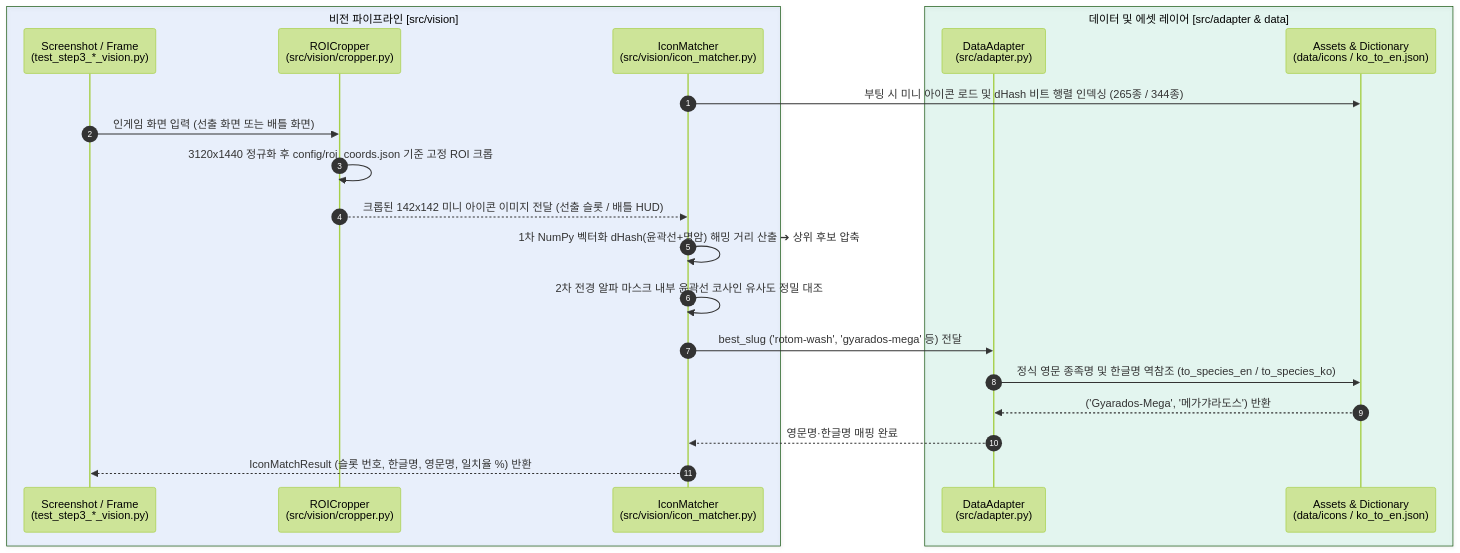
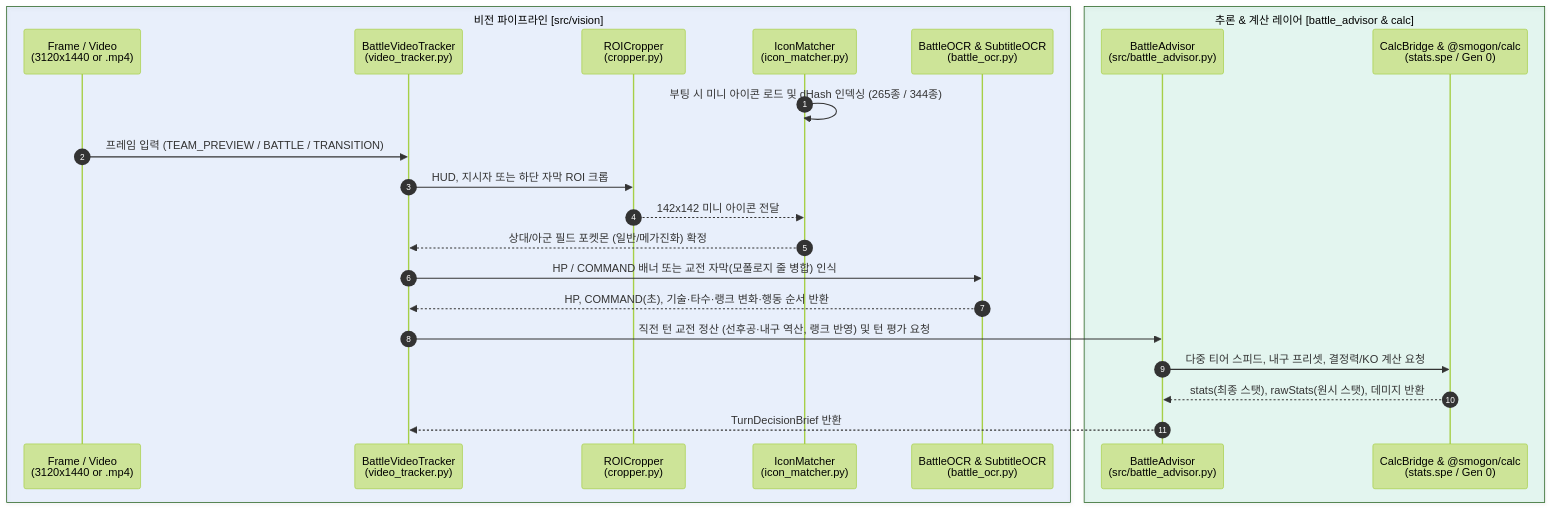
Before and after one commit to LGJ0405/pochamps-assistant: the diagram in docs/STEP3_GUIDE.md, drawn with Mermaid (forest theme). The commit also changed other lines of this file and 9 other files, not shown here.

Commit message:
feat: 배틀 자막 OCR·선후공/내구 역추론 어드바이저 구현 및 Step 3 비전 고도화

````diff
--- a/docs/STEP3_GUIDE.md
+++ b/docs/STEP3_GUIDE.md
@@ -51,25 +67,27 @@
 ```mermaid
 sequenceDiagram
     autonumber
     box rgba(59, 130, 246, 0.1) 비전 파이프라인 [src/vision]
-        participant SCR as Screenshot / Frame<br/>(test_step3_*_vision.py)
-        participant CRP as ROICropper<br/>(src/vision/cropper.py)
-        participant MAT as IconMatcher<br/>(src/vision/icon_matcher.py)
+        participant SCR as Frame / Video<br/>(3120x1440 or .mp4)
+        participant TRK as BattleVideoTracker<br/>(video_tracker.py)
+        participant CRP as ROICropper<br/>(cropper.py)
+        participant MAT as IconMatcher<br/>(icon_matcher.py)
+        participant OCR as BattleOCR & SubtitleOCR<br/>(battle_ocr.py)
     end
-    box rgba(16, 185, 129, 0.1) 데이터 및 에셋 레이어 [src/adapter & data]
-        participant ADP as DataAdapter<br/>(src/adapter.py)
-        participant DATA as Assets & Dictionary<br/>(data/icons / ko_to_en.json)
+    box rgba(16, 185, 129, 0.1) 추론 & 계산 레이어 [battle_advisor & calc]
+        participant ADV as BattleAdvisor<br/>(src/battle_advisor.py)
+        participant CLC as CalcBridge & @smogon/calc<br/>(stats.spe / Gen 0)
     end
 
-    MAT->>DATA: 부팅 시 미니 아이콘 로드 및 dHash 비트 행렬 인덱싱 (265종 / 344종)
-    SCR->>CRP: 인게임 화면 입력 (선출 화면 또는 배틀 화면)
-    CRP->>CRP: 3120x1440 정규화 후 config/roi_coords.json 기준 고정 ROI 크롭
-    CRP-->>MAT: 크롭된 142x142 미니 아이콘 이미지 전달 (선출 슬롯 / 배틀 HUD)
-    MAT->>MAT: 1차 NumPy 벡터화 dHash(윤곽선+명암) 해밍 거리 산출 ➔ 상위 후보 압축
-    MAT->>MAT: 2차 전경 알파 마스크 내부 윤곽선 코사인 유사도 정밀 대조
-    MAT->>ADP: best_slug ('rotom-wash', 'gyarados-mega' 등) 전달
-    ADP->>DATA: 정식 영문 종족명 및 한글명 역참조 (to_species_en / to_species_ko)
-    DATA-->>ADP: ('Gyarados-Mega', '메가갸라도스') 반환
-    ADP-->>MAT: 영문명·한글명 매핑 완료
-    MAT-->>SCR: IconMatchResult (슬롯 번호, 한글명, 영문명, 일치율 %) 반환
+    MAT->>MAT: 부팅 시 미니 아이콘 로드 및 dHash 인덱싱 (265종 / 344종)
+    SCR->>TRK: 프레임 입력 (TEAM_PREVIEW / BATTLE / TRANSITION)
+    TRK->>CRP: HUD, 지시자 또는 하단 자막 ROI 크롭
+    CRP-->>MAT: 142x142 미니 아이콘 전달
+    MAT-->>TRK: 상대/아군 필드 포켓몬 (일반/메가진화) 확정
+    TRK->>OCR: HP / COMMAND 배너 또는 교전 자막(모폴로지 줄 병합) 인식
+    OCR-->>TRK: HP, COMMAND(초), 기술·타수·랭크 변화·행동 순서 반환
+    TRK->>ADV: 직전 턴 교전 정산 (선후공·내구 역산, 랭크 반영) 및 턴 평가 요청
+    ADV->>CLC: 다중 티어 스피드, 내구 프리셋, 결정력/KO 계산 요청
+    CLC-->>ADV: stats(최종 스탯), rawStats(원시 스탯), 데미지 반환
+    ADV-->>TRK: TurnDecisionBrief 반환
 ```
````
